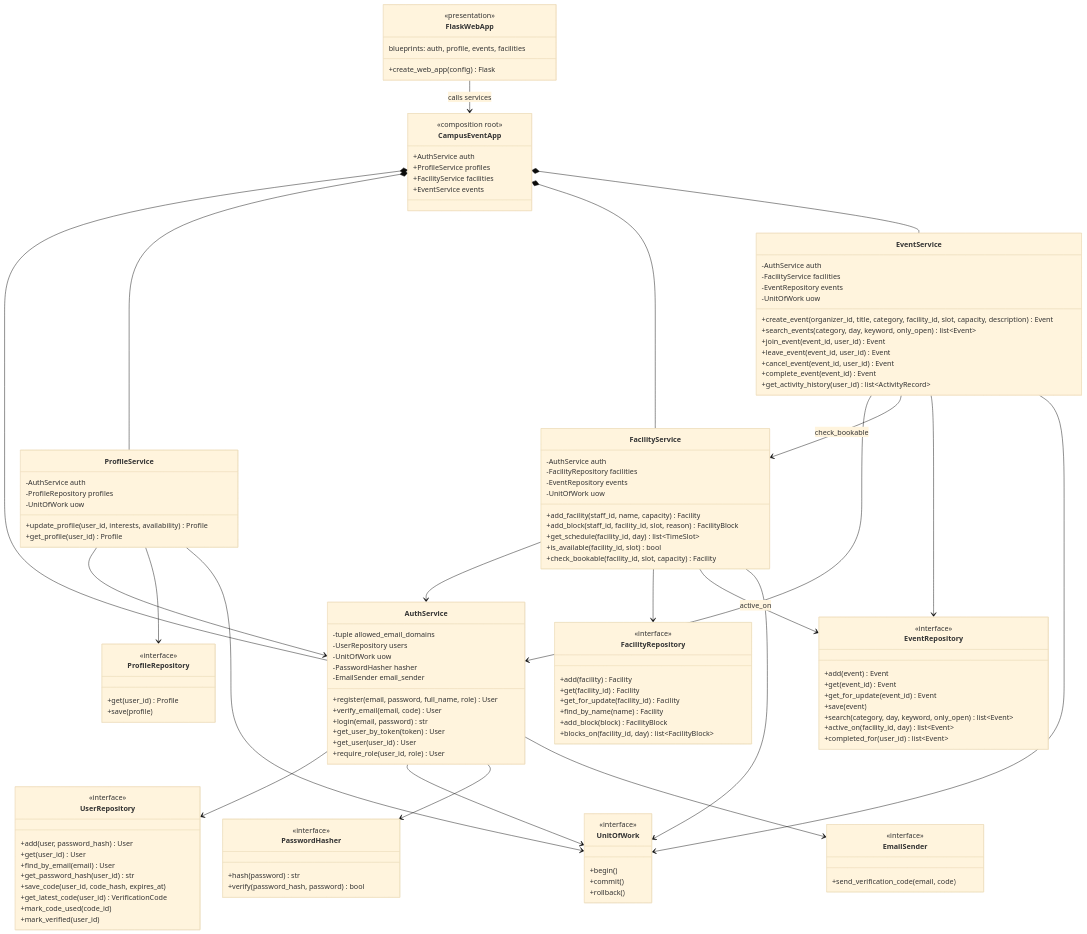
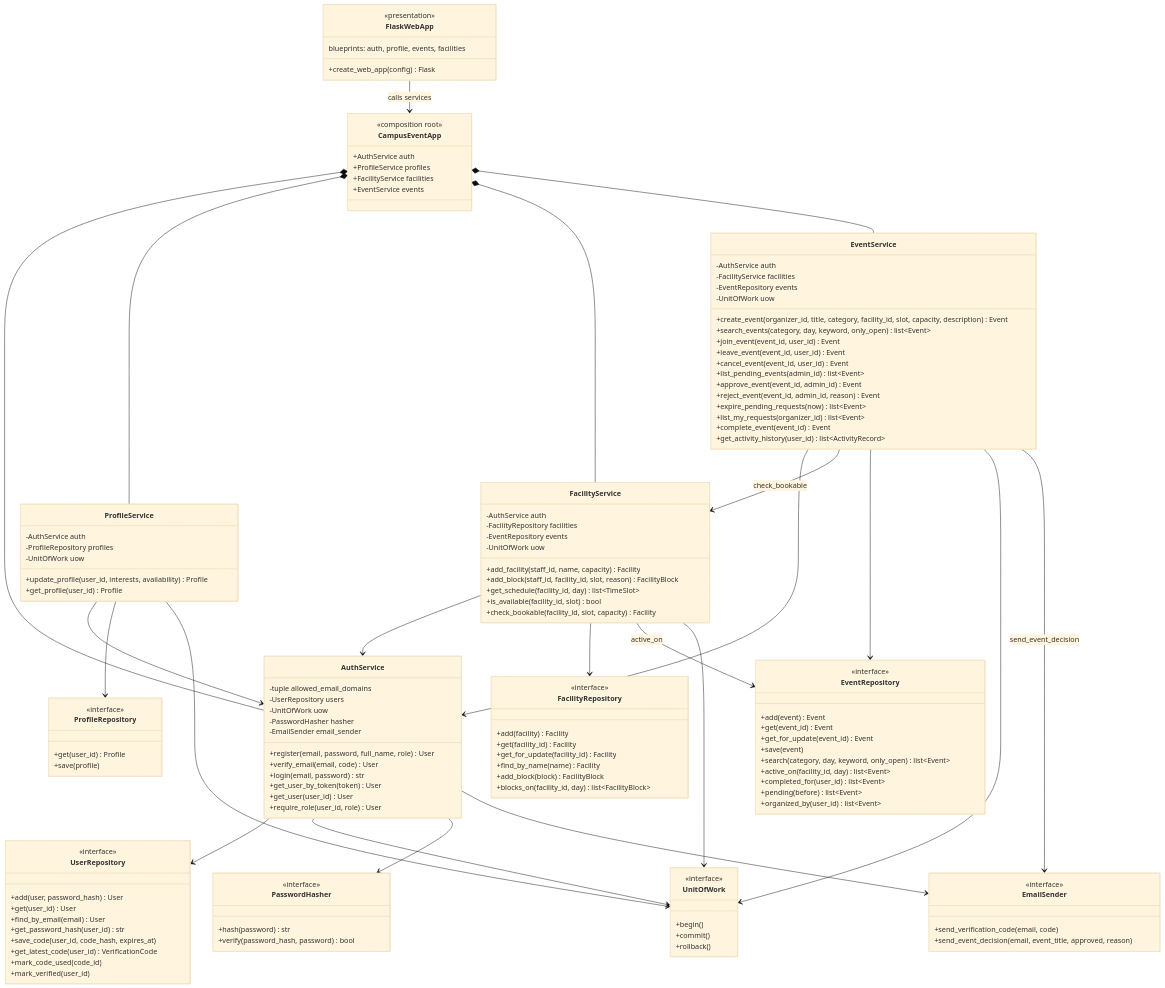
One commit to emir-heval-arda-harun/CMPE-331-project changed the diagram in docs/design/class/service_layer.mmd. Above: the diagram before and after it, drawn with Mermaid (base theme). The commit also changed 56 other files, not shown here.

First line of the commit message:
CR-01: Admin approval of event requests (UC-12)

```diff
--- a/docs/design/class/service_layer.mmd
+++ b/docs/design/class/service_layer.mmd
@@ -1,129 +1,138 @@
 classDiagram
     direction TB
     class FlaskWebApp {
         <<presentation>>
         +create_web_app(config) Flask
         blueprints: auth, profile, events, facilities
     }
     class CampusEventApp {
         <<composition root>>
         +AuthService auth
         +ProfileService profiles
         +FacilityService facilities
         +EventService events
     }
     class AuthService {
         -tuple allowed_email_domains
         -UserRepository users
         -UnitOfWork uow
         -PasswordHasher hasher
         -EmailSender email_sender
         +register(email, password, full_name, role) User
         +verify_email(email, code) User
         +login(email, password) str
         +get_user_by_token(token) User
         +get_user(user_id) User
         +require_role(user_id, role) User
     }
     class ProfileService {
         -AuthService auth
         -ProfileRepository profiles
         -UnitOfWork uow
         +update_profile(user_id, interests, availability) Profile
         +get_profile(user_id) Profile
     }
     class FacilityService {
         -AuthService auth
         -FacilityRepository facilities
         -EventRepository events
         -UnitOfWork uow
         +add_facility(staff_id, name, capacity) Facility
         +add_block(staff_id, facility_id, slot, reason) FacilityBlock
         +get_schedule(facility_id, day) list~TimeSlot~
         +is_available(facility_id, slot) bool
         +check_bookable(facility_id, slot, capacity) Facility
     }
     class EventService {
         -AuthService auth
         -FacilityService facilities
         -EventRepository events
         -UnitOfWork uow
         +create_event(organizer_id, title, category, facility_id, slot, capacity, description) Event
         +search_events(category, day, keyword, only_open) list~Event~
         +join_event(event_id, user_id) Event
         +leave_event(event_id, user_id) Event
         +cancel_event(event_id, user_id) Event
+        +list_pending_events(admin_id) list~Event~
+        +approve_event(event_id, admin_id) Event
+        +reject_event(event_id, admin_id, reason) Event
+        +expire_pending_requests(now) list~Event~
+        +list_my_requests(organizer_id) list~Event~
         +complete_event(event_id) Event
         +get_activity_history(user_id) list~ActivityRecord~
     }
     class UserRepository {
         <<interface>>
         +add(user, password_hash) User
         +get(user_id) User
         +find_by_email(email) User
         +get_password_hash(user_id) str
         +save_code(user_id, code_hash, expires_at)
         +get_latest_code(user_id) VerificationCode
         +mark_code_used(code_id)
         +mark_verified(user_id)
     }
     class ProfileRepository {
         <<interface>>
         +get(user_id) Profile
         +save(profile)
     }
     class FacilityRepository {
         <<interface>>
         +add(facility) Facility
         +get(facility_id) Facility
         +get_for_update(facility_id) Facility
         +find_by_name(name) Facility
         +add_block(block) FacilityBlock
         +blocks_on(facility_id, day) list~FacilityBlock~
     }
     class EventRepository {
         <<interface>>
         +add(event) Event
         +get(event_id) Event
         +get_for_update(event_id) Event
         +save(event)
         +search(category, day, keyword, only_open) list~Event~
         +active_on(facility_id, day) list~Event~
         +completed_for(user_id) list~Event~
+        +pending(before) list~Event~
+        +organized_by(user_id) list~Event~
     }
     class UnitOfWork {
         <<interface>>
         +begin()
         +commit()
         +rollback()
     }
     class PasswordHasher {
         <<interface>>
         +hash(password) str
         +verify(password_hash, password) bool
     }
     class EmailSender {
         <<interface>>
         +send_verification_code(email, code)
+        +send_event_decision(email, event_title, approved, reason)
     }
 
     FlaskWebApp --> CampusEventApp : calls services
     CampusEventApp *-- AuthService
     CampusEventApp *-- ProfileService
     CampusEventApp *-- FacilityService
     CampusEventApp *-- EventService
     ProfileService --> AuthService
     FacilityService --> AuthService
     EventService --> AuthService
     EventService --> FacilityService : check_bookable
     AuthService --> UserRepository
     AuthService --> UnitOfWork
     AuthService --> PasswordHasher
     AuthService --> EmailSender
     ProfileService --> ProfileRepository
     ProfileService --> UnitOfWork
     FacilityService --> FacilityRepository
     FacilityService --> EventRepository : active_on
     FacilityService --> UnitOfWork
     EventService --> EventRepository
     EventService --> UnitOfWork
+    EventService --> EmailSender : send_event_decision
```
